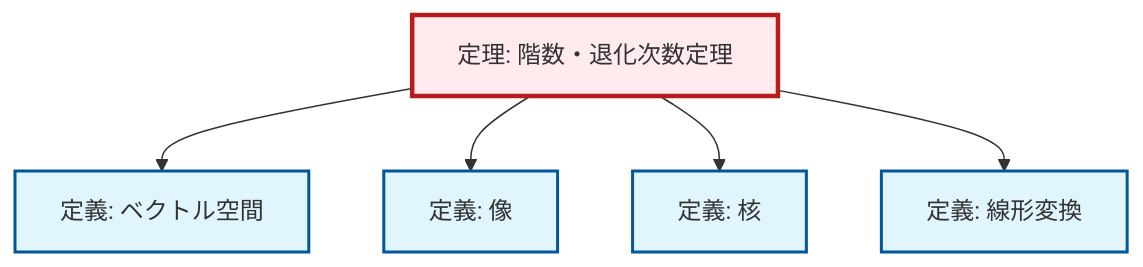
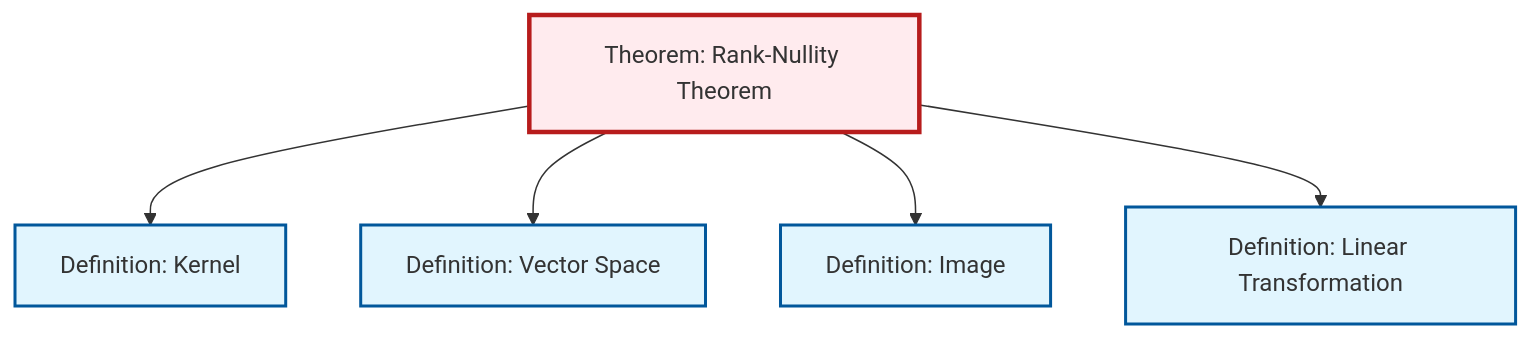
One commit to RK0429/ModernMath changed the diagram in content/ja/algebra/thm-rank-nullity.qmd. Above: the diagram before and after it, drawn with Mermaid. The commit also changed 203 other files, not shown here.

````diff
--- a/content/ja/algebra/thm-rank-nullity.qmd
+++ b/content/ja/algebra/thm-rank-nullity.qmd
@@ -56,24 +56,19 @@
 ```{mermaid}
-%%| fig-cap: "局所的な依存関係グラフ"
+%%| fig-cap: "Local dependency graph"
 graph TD
     classDef definition fill:#e1f5fe,stroke:#01579b,stroke-width:2px
     classDef theorem fill:#f3e5f5,stroke:#4a148c,stroke-width:2px
     classDef axiom fill:#fff3e0,stroke:#e65100,stroke-width:2px
     classDef example fill:#e8f5e9,stroke:#1b5e20,stroke-width:2px
     classDef current fill:#ffebee,stroke:#b71c1c,stroke-width:3px
-    thm-rank-nullity["定理: 階数・退化次数定理"]:::theorem
-    def-image["定義: 像"]:::definition
-    def-linear-transformation["定義: 線形変換"]:::definition
-    def-vector-space["定義: ベクトル空間"]:::definition
-    def-kernel["定義: 核"]:::definition
+    def-kernel["Definition: Kernel"]:::definition
+    def-linear-transformation["Definition: Linear Transformation"]:::definition
+    thm-rank-nullity["Theorem: Rank-Nullity Theorem"]:::theorem
+    def-vector-space["Definition: Vector Space"]:::definition
+    def-image["Definition: Image"]:::definition
+    thm-rank-nullity --> def-kernel
     thm-rank-nullity --> def-vector-space
     thm-rank-nullity --> def-image
-    thm-rank-nullity --> def-kernel
     thm-rank-nullity --> def-linear-transformation
     class thm-rank-nullity current
-
-    click def-image "def-image.html" "Go to 定義: 像"
-    click def-linear-transformation "def-linear-transformation.html" "Go to 定義: 線形変換"
-    click def-vector-space "def-vector-space.html" "Go to 定義: ベクトル空間"
-    click def-kernel "def-kernel.html" "Go to 定義: 核"
 ```
````
